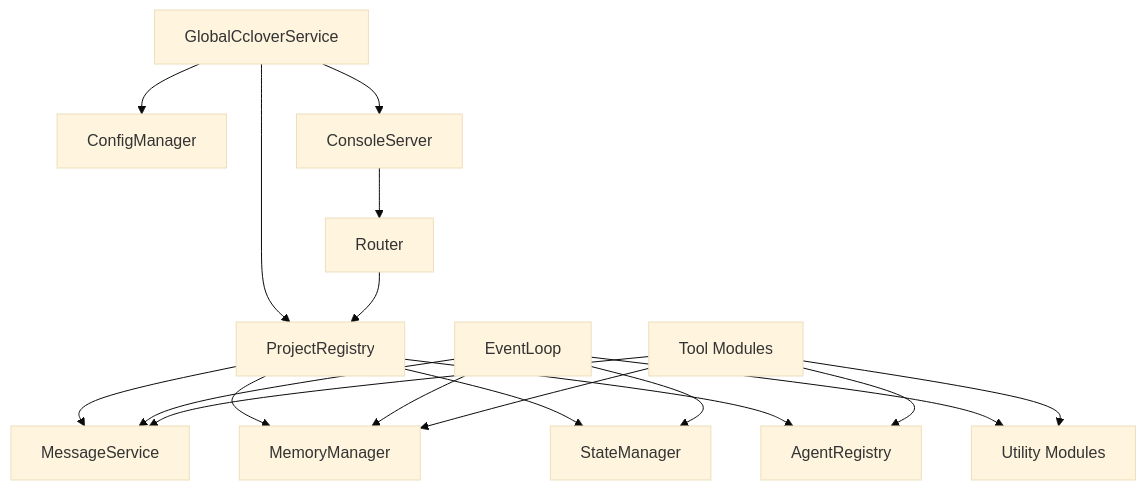
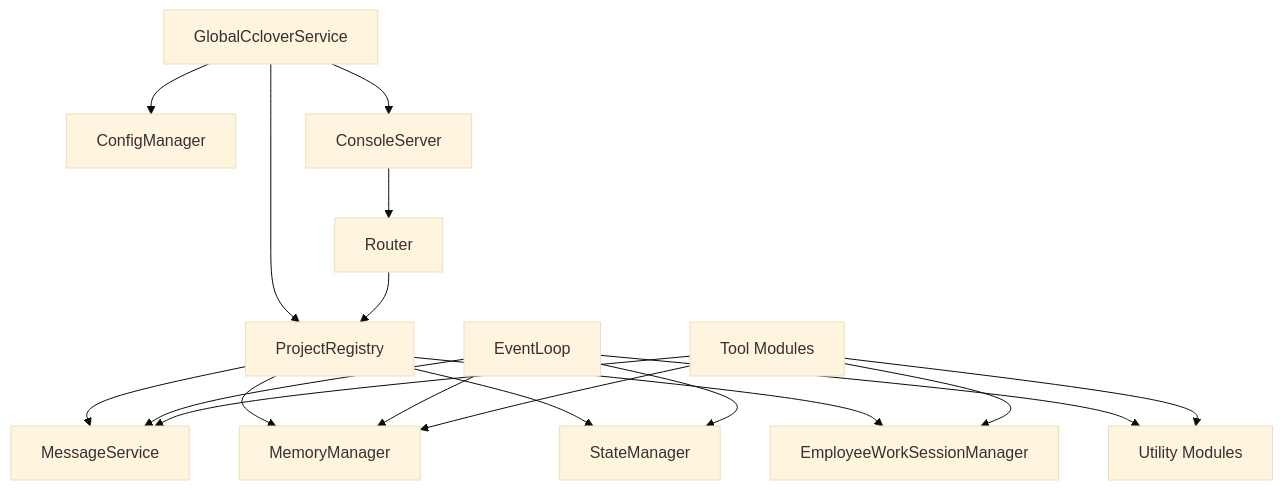
One commit to fkxxyz/opencode-cclover changed the second of 2 diagrams in docs/architecture-modules.md. Above: the diagram before and after it, drawn with Mermaid (base theme). The commit also changed other lines of this file and 179 other files, not shown here.

Commit message:
feat: migrate runtime to employee work sessions

````diff
--- a/docs/architecture-modules.md
+++ b/docs/architecture-modules.md
@@ -567,39 +548,39 @@
 ```mermaid
 graph TD
     GlobalService[GlobalCcloverService]
     ConfigMgr[ConfigManager]
     ProjectReg[ProjectRegistry]
     ConsoleServer[ConsoleServer]
     Router[Router]
     
     MsgService[MessageService]
     MemMgr[MemoryManager]
     StateMgr[StateManager]
-    AgentReg[AgentRegistry]
+    EwsMgr[EmployeeWorkSessionManager]
     EventLoop[EventLoop]
     
     Tools[Tool Modules]
     Utils[Utility Modules]
     
     GlobalService --> ConfigMgr
     GlobalService --> ProjectReg
     GlobalService --> ConsoleServer
     ConsoleServer --> Router
     Router --> ProjectReg
     
     ProjectReg --> MsgService
     ProjectReg --> MemMgr
     ProjectReg --> StateMgr
-    ProjectReg --> AgentReg
+    ProjectReg --> EwsMgr
     
     EventLoop --> MsgService
     EventLoop --> MemMgr
     EventLoop --> StateMgr
     
     Tools --> MsgService
     Tools --> MemMgr
-    Tools --> AgentReg
+    Tools --> EwsMgr
     
     EventLoop --> Utils
     Tools --> Utils
 ```
````
